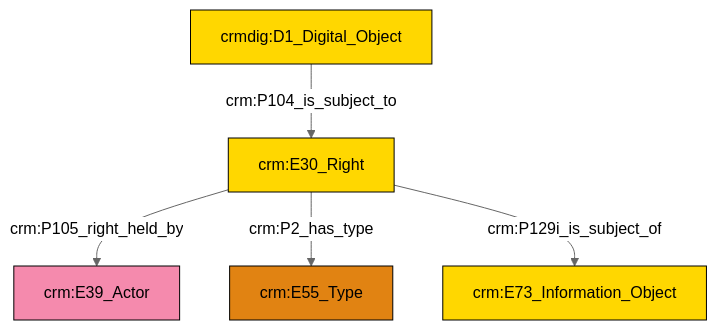
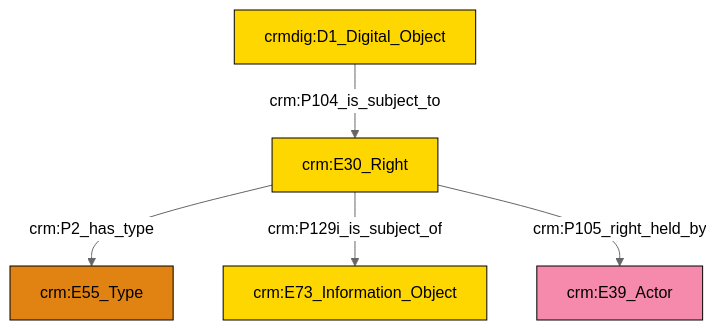
The diagram in et/doCSV/ttl/mmd/do_rights.ttl.mmd (swiss-art-research-net/docs.swissartresearch), drawn with Mermaid (neutral theme) before and after one commit. The commit also changed 179 other files, not shown here.

```diff
--- a/et/doCSV/ttl/mmd/do_rights.ttl.mmd
+++ b/et/doCSV/ttl/mmd/do_rights.ttl.mmd
@@ -1,19 +1,19 @@
 graph TD
 classDef Literal fill:#f2f2f2,stroke:#000000;
 classDef CRM_Entity fill:#FFFFFF,stroke:#000000;
 classDef Temporal_Entity fill:#00C9E6, stroke:#000000;
 classDef Type fill:#E18312, stroke:#000000;
 classDef Time-Span fill:#2C9C91, stroke:#000000;
 classDef Appellation fill:#FFEB7F, stroke:#000000;
 classDef Place fill:#008836, stroke:#000000;
 classDef Persistent_Item fill:#B266B2, stroke:#000000;
 classDef Conceptual_Object fill:#FFD700, stroke:#000000;
 classDef Physical_Thing fill:#D2B48C, stroke:#000000;
 classDef Actor fill:#f58aad, stroke:#000000;
 classDef PC_Classes fill:#4ce600, stroke:#000000;
 classDef Multi fill:#cccccc,stroke:#000000;
 
-2["crm:E30_Right"]:::Conceptual_Object -->|crm:P105_right_held_by| 3["crm:E39_Actor"]:::Actor
-2["crm:E30_Right"]:::Conceptual_Object -->|crm:P2_has_type| 4["crm:E55_Type"]:::Type
-0["crmdig:D1_Digital_Object"]:::Conceptual_Object -->|crm:P104_is_subject_to| 2["crm:E30_Right"]:::Conceptual_Object
-2["crm:E30_Right"]:::Conceptual_Object -->|crm:P129i_is_subject_of| 6["crm:E73_Information_Object"]:::Conceptual_Object
+0["crm:E30_Right"]:::Conceptual_Object -->|crm:P2_has_type| 1["crm:E55_Type"]:::Type
+2["crmdig:D1_Digital_Object"]:::Conceptual_Object -->|crm:P104_is_subject_to| 0["crm:E30_Right"]:::Conceptual_Object
+0["crm:E30_Right"]:::Conceptual_Object -->|crm:P129i_is_subject_of| 5["crm:E73_Information_Object"]:::Conceptual_Object
+0["crm:E30_Right"]:::Conceptual_Object -->|crm:P105_right_held_by| 3["crm:E39_Actor"]:::Actor
```
